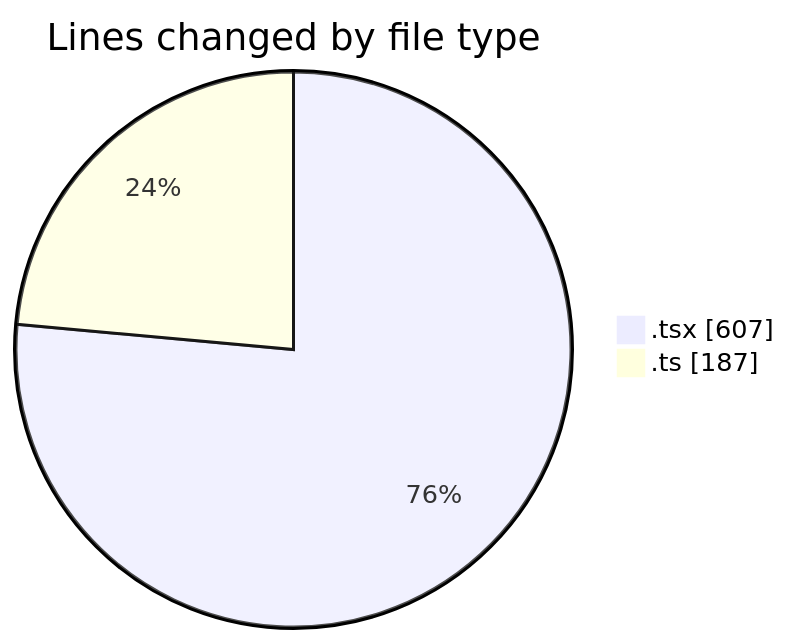
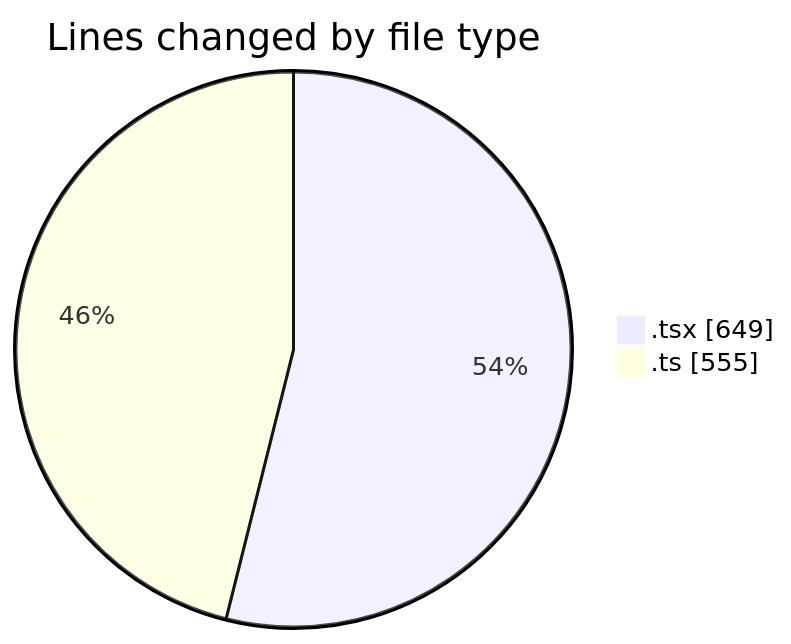
One commit to nxtqubesakshisongat/code-tracking changed the first of 2 diagrams in 2026-04-17/airfeed-analytics-dashboard/README.md. Above: the diagram before and after it, drawn with Mermaid. The commit also changed other lines of this file and 1 other file, not shown here.

````diff
--- a/2026-04-17/airfeed-analytics-dashboard/README.md
+++ b/2026-04-17/airfeed-analytics-dashboard/README.md
@@ -24,6 +25,6 @@
 ```mermaid
 pie showData
 title Lines changed by file type
-".tsx" : 607
-".ts" : 187
+".tsx" : 649
+".ts" : 555
 ```
````
